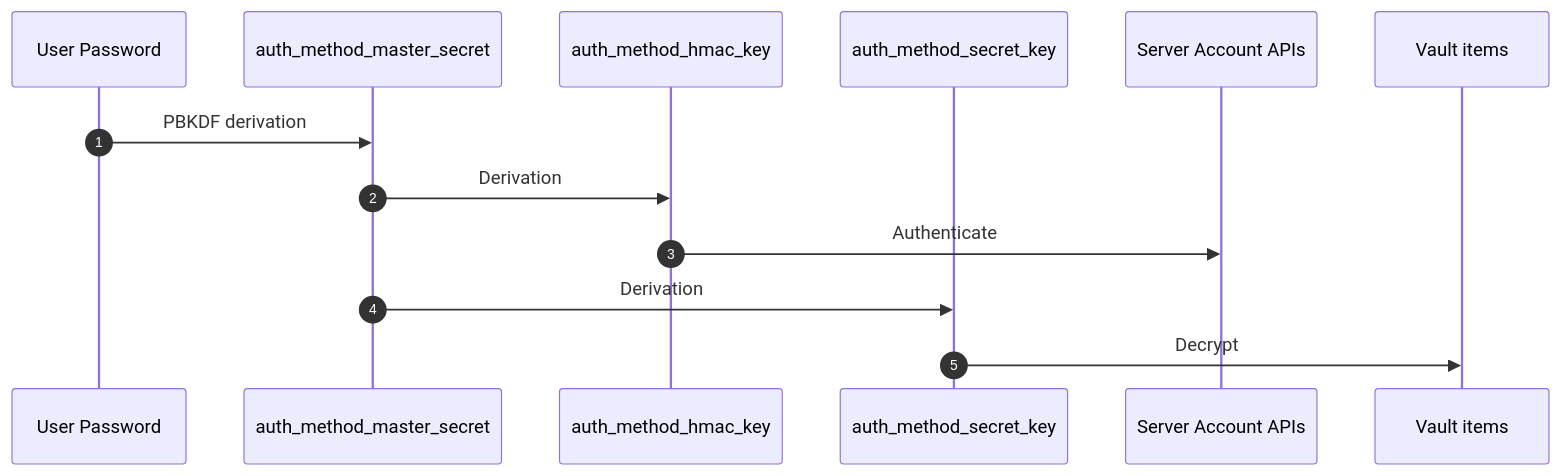
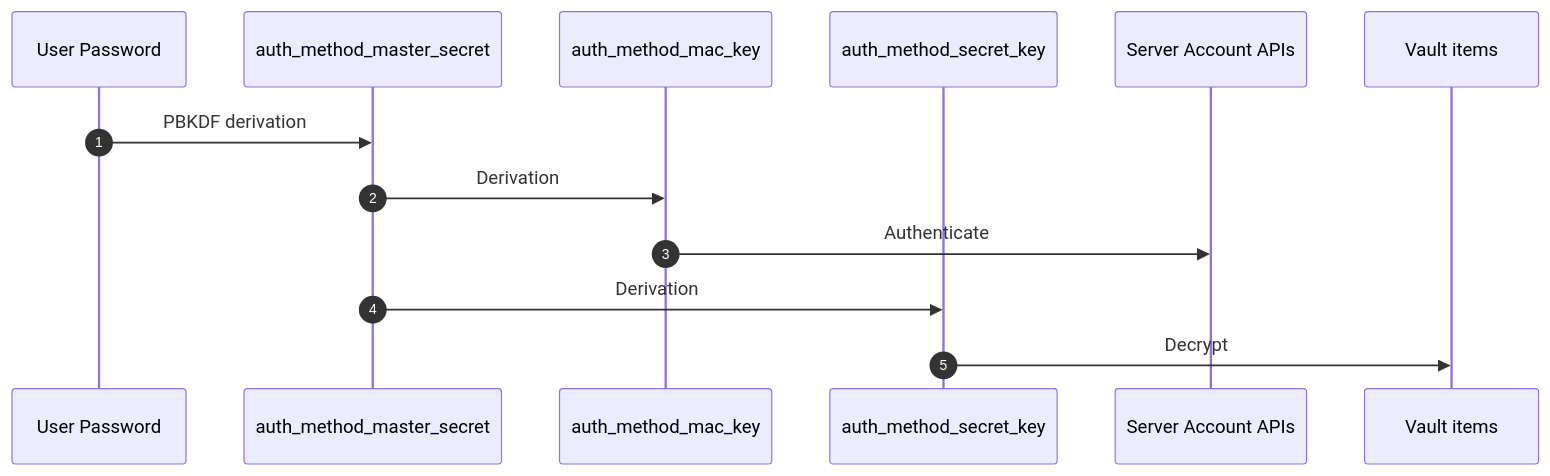
Before and after one commit to Scille/parsec-cloud: the second of 2 diagrams in docs/rfcs/1013-parsec-account.md, drawn with Mermaid. The commit also changed other lines of this file, not shown here.

Commit message:
Correct RFC1013 to rename HMAC -> MAC

````diff
--- a/docs/rfcs/1013-parsec-account.md
+++ b/docs/rfcs/1013-parsec-account.md
@@ -187,17 +187,17 @@
 ```mermaid
 sequenceDiagram
   autonumber
   participant P as User Password
   participant MS as auth_method_master_secret
-  participant HK as auth_method_hmac_key
+  participant HK as auth_method_mac_key
   participant SK as auth_method_secret_key
   participant S as Server Account APIs
   participant V as Vault items
 
 
   P ->> MS: PBKDF derivation
   MS ->> HK: Derivation
   HK ->> S: Authenticate
   MS ->> SK: Derivation
   SK ->> V: Decrypt
 ```
````
